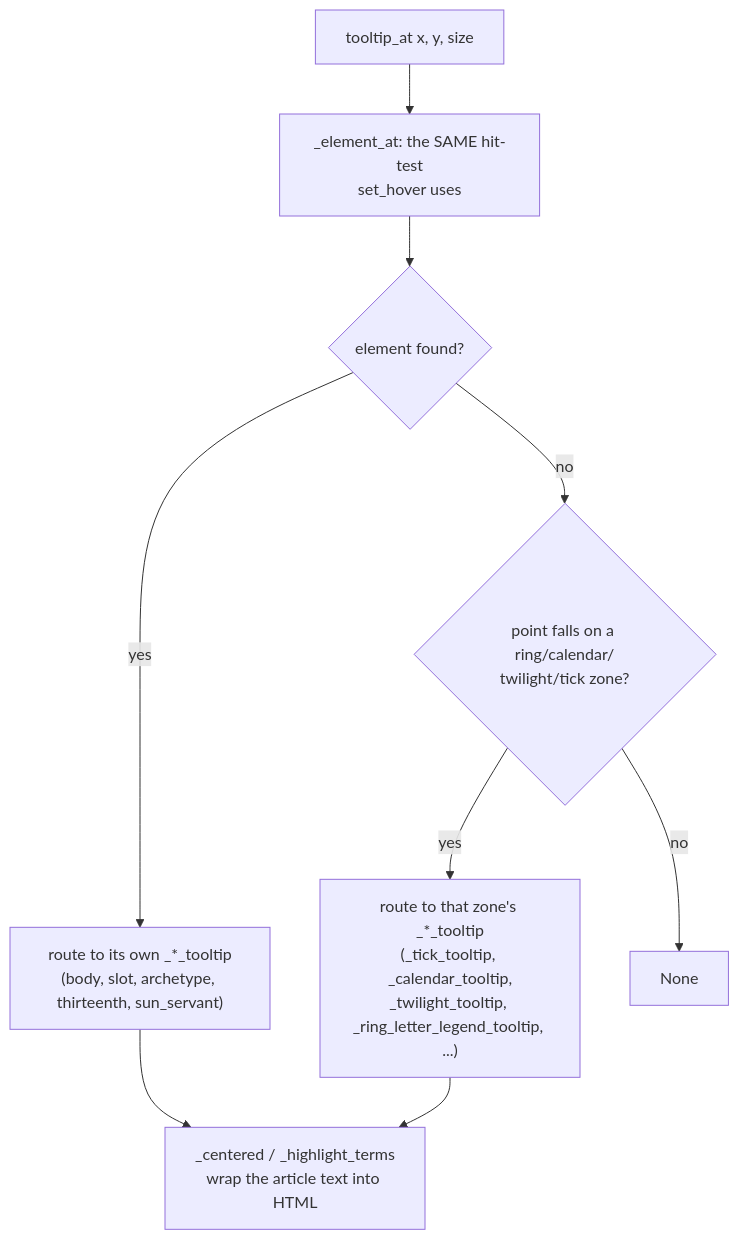
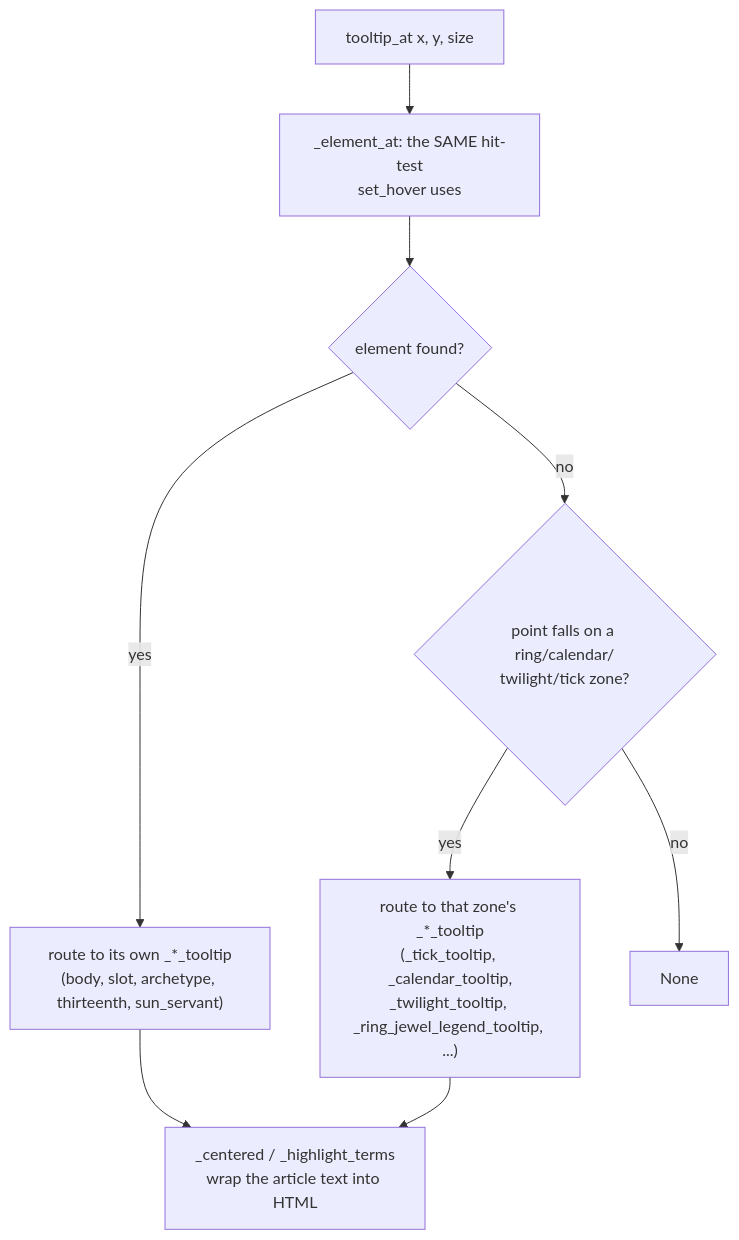
One commit to UVuruna/Watch-Academy changed the second of 2 diagrams in render/__flow/compositor.md. Above: the diagram before and after it, drawn with Mermaid. The commit also changed 62 other files, not shown here.

````diff
--- a/render/__flow/compositor.md
+++ b/render/__flow/compositor.md
@@ -41,11 +41,11 @@
 ```mermaid
 flowchart TB
     A[tooltip_at x, y, size] --> B[_element_at: the SAME hit-test\nset_hover uses]
     B --> C{element found?}
     C -- yes --> D["route to its own _*_tooltip\n(body, slot, archetype, thirteenth, sun_servant)"]
     C -- no --> E{point falls on a ring/calendar/\ntwilight/tick zone?}
-    E -- yes --> F["route to that zone's _*_tooltip\n(_tick_tooltip, _calendar_tooltip,\n_twilight_tooltip, _ring_letter_legend_tooltip, ...)"]
+    E -- yes --> F["route to that zone's _*_tooltip\n(_tick_tooltip, _calendar_tooltip,\n_twilight_tooltip, _ring_jewel_legend_tooltip, ...)"]
     E -- no --> G[None]
     D --> H["_centered / _highlight_terms\nwrap the article text into HTML"]
     F --> H
 ```
````
